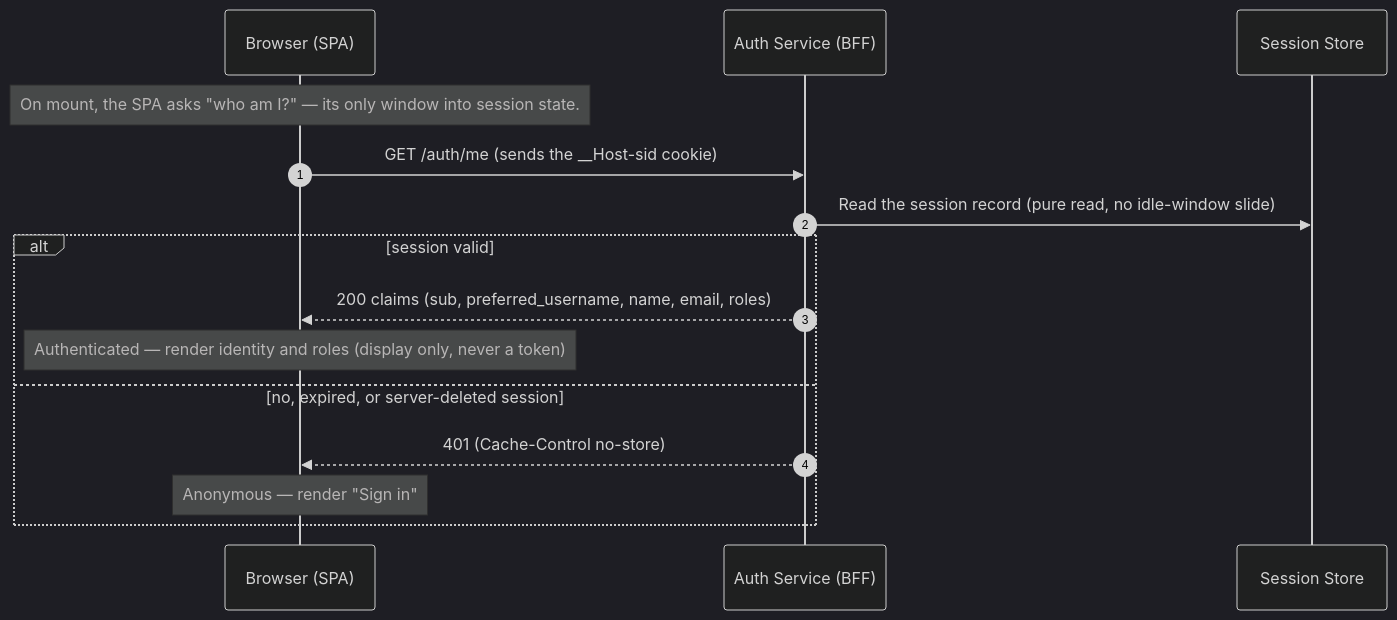
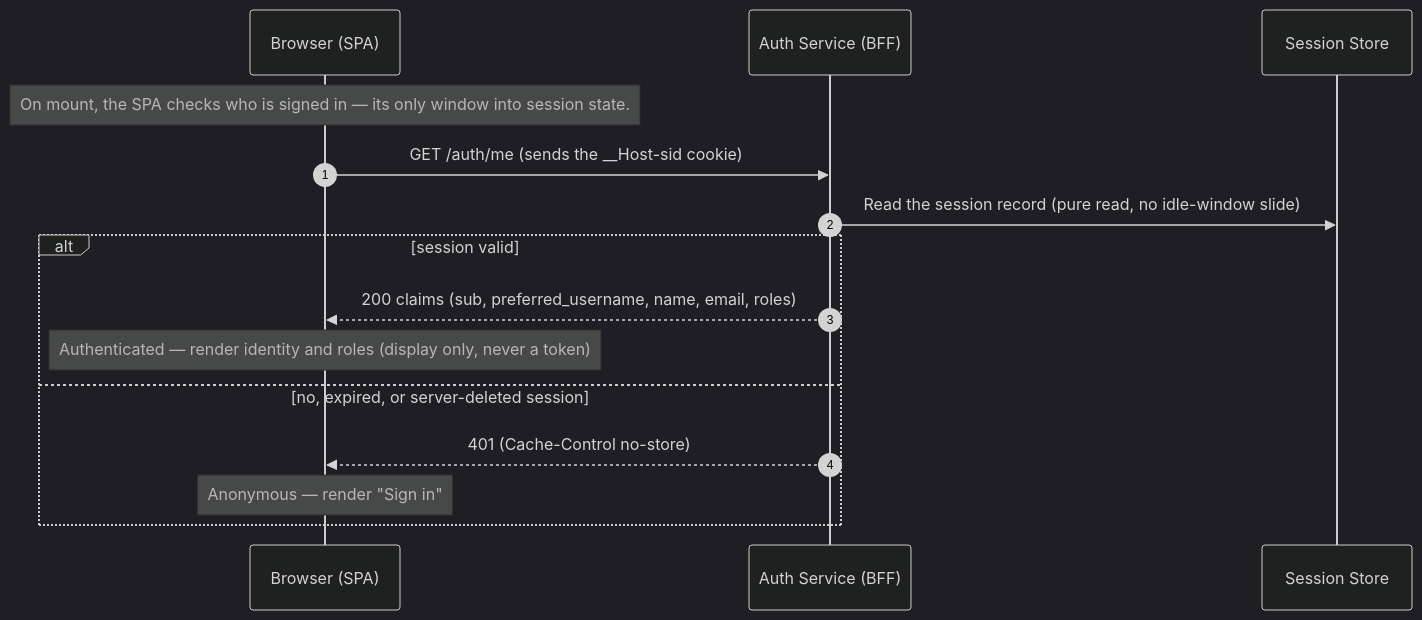
The second of 5 diagrams in README.md (ajaygodbole7/oidc-reference), drawn with Mermaid (dark theme) before and after one commit. The commit also changed other lines of this file, not shown here.

First line of the commit message:
docs(readme): fix Mermaid rendering, add TOC, condense decisions/non-goals

````diff
--- a/README.md
+++ b/README.md
@@ -169,18 +143,18 @@
 ```mermaid
 sequenceDiagram
     autonumber
     participant B as Browser (SPA)
     participant A as Auth Service (BFF)
     participant V as Session Store
 
-    Note over B: On mount, the SPA asks "who am I?" — its only window into session state.
+    Note over B: On mount, the SPA checks who is signed in — its only window into session state.
     B->>A: GET /auth/me (sends the __Host-sid cookie)
     A->>V: Read the session record (pure read, no idle-window slide)
     alt session valid
         A-->>B: 200 claims (sub, preferred_username, name, email, roles)
         Note over B: Authenticated — render identity and roles (display only, never a token)
     else no, expired, or server-deleted session
         A-->>B: 401 (Cache-Control no-store)
         Note over B: Anonymous — render "Sign in"
     end
 ```
````
